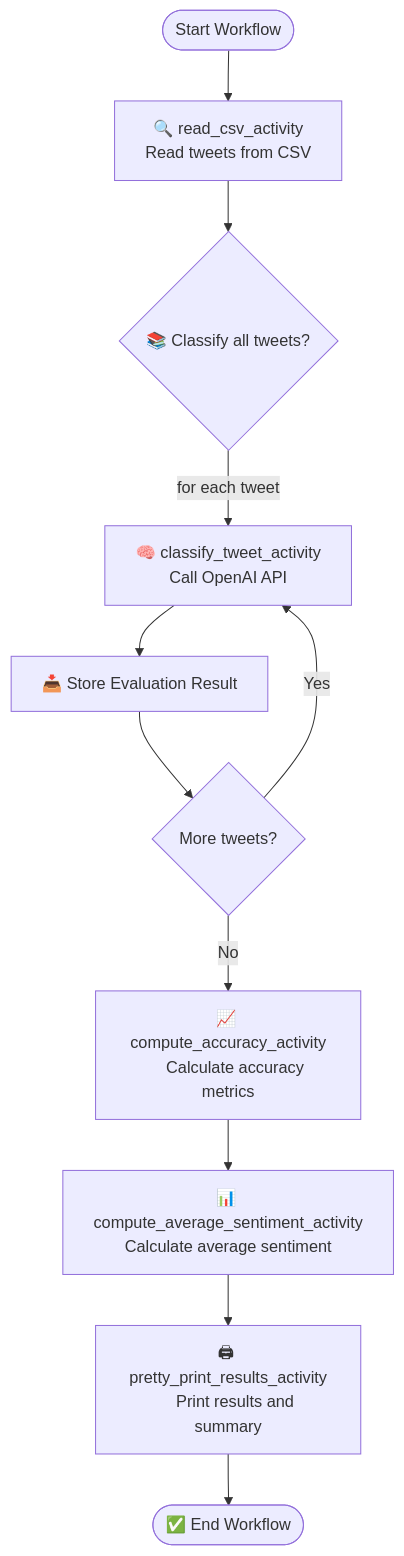
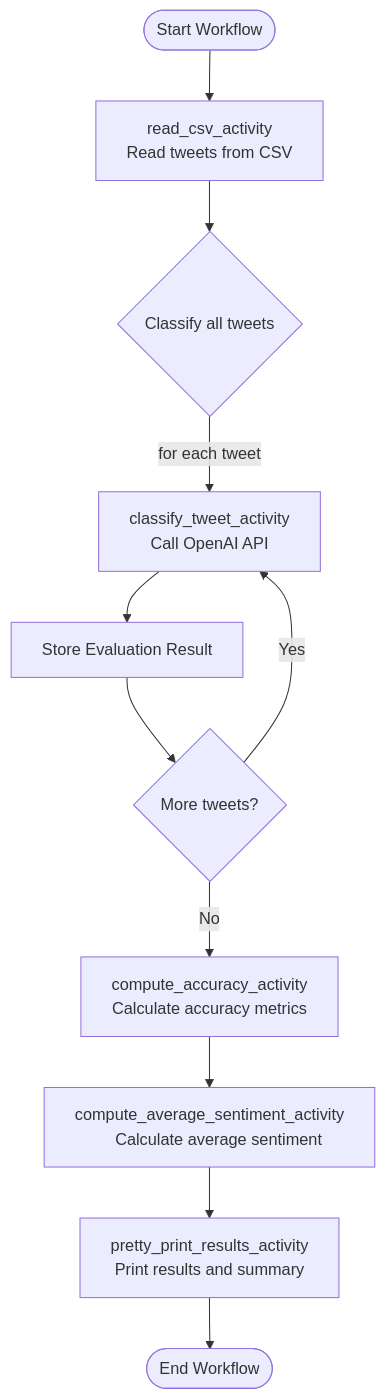
Before and after one commit to tushdante/temporal-demo: the diagram in README.md, drawn with Mermaid.

Commit message:
updated mermaid diagram

````diff
--- a/README.md
+++ b/README.md
@@ -12,22 +12,23 @@
 ```mermaid
 flowchart TD
-    Start([Start Workflow]) --> ReadCSV["🔍 read_csv_activity
+    Start([Start Workflow]) --> ReadCSV["read_csv_activity
     Read tweets from CSV"]
-    ReadCSV --> ClassifyTweets{"📚 Classify all tweets?"}
+    ReadCSV --> ClassifyTweets{"Classify all tweets"}
 
-    ClassifyTweets -->|for each tweet| ClassifyTweet["🧠 classify_tweet_activity
+    ClassifyTweets -->|for each tweet| ClassifyTweet["classify_tweet_activity
     Call OpenAI API"]
 
-    ClassifyTweet --> StoreResults["📥 Store Evaluation Result"]
+    ClassifyTweet --> StoreResults["Store Evaluation Result"]
 
     StoreResults --> CheckNextTweet{More tweets?}
     CheckNextTweet -->|Yes| ClassifyTweet
     CheckNextTweet -->|No| ComputeMetrics
 
-    ComputeMetrics["📈 compute_accuracy_activity
-    Calculate accuracy metrics"] --> ComputeAverage["📊 compute_average_sentiment_activity\nCalculate average sentiment"]
-    ComputeAverage --> PrintResults["🖨 pretty_print_results_activity
+    ComputeMetrics["compute_accuracy_activity
+    Calculate accuracy metrics"] --> ComputeAverage["compute_average_sentiment_activity
+    Calculate average sentiment"]
+    ComputeAverage --> PrintResults["pretty_print_results_activity
     Print results and summary"]
 
-    PrintResults --> End([✅ End Workflow])
+    PrintResults --> End([End Workflow])
 ```
````
